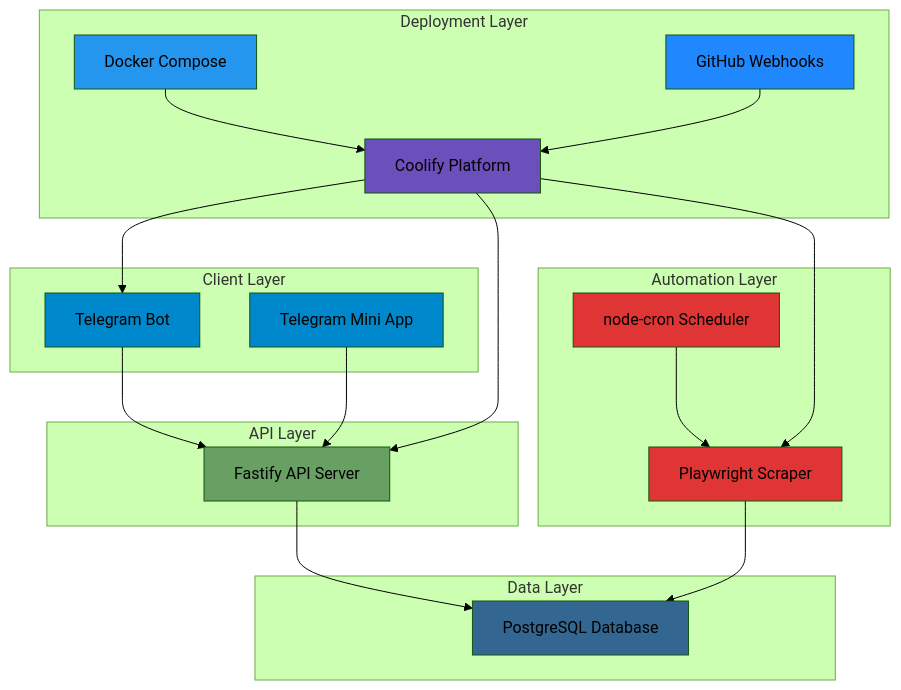
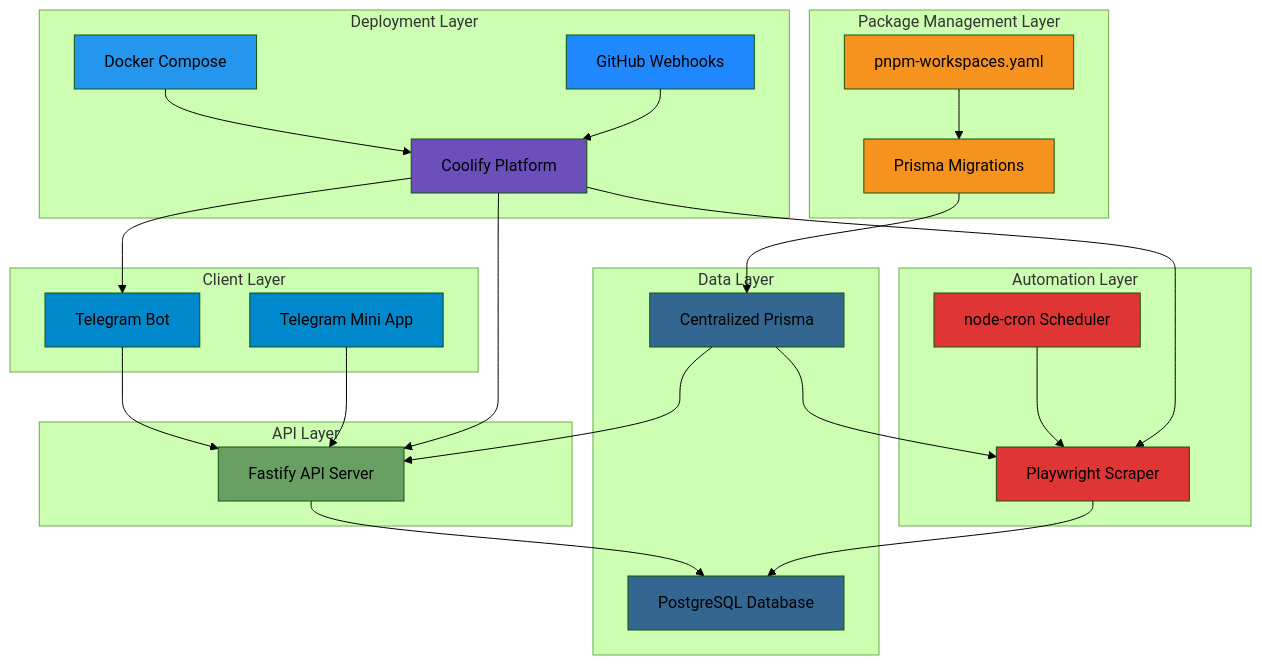
The diagram in plans/01-technology-stack.md (Zenderg/hookah-wishlist), drawn with Mermaid (forest theme) before and after one commit. The commit also changed other lines of this file and 6 other files, not shown here.

````diff
--- a/plans/01-technology-stack.md
+++ b/plans/01-technology-stack.md
@@ -251,47 +281,61 @@
 ```mermaid
 graph TB
+    subgraph "Package Management Layer"
+        PM[pnpm Workspaces]
+        WS[pnpm-workspaces.yaml]
+    end
+    
     subgraph "Client Layer"
         A[Telegram Bot]
         B[Telegram Mini App]
     end
     
     subgraph "API Layer"
         C[Fastify API Server]
     end
     
     subgraph "Data Layer"
         D[PostgreSQL Database]
+        PC[Centralized Prisma]
+        PM[Prisma Migrations]
     end
     
     subgraph "Automation Layer"
         E[Playwright Scraper]
         F[node-cron Scheduler]
     end
     
     subgraph "Deployment Layer"
         G[Docker Compose]
         H[Coolify Platform]
         I[GitHub Webhooks]
     end
     
+    PM --> PC
+    PC --> C
+    PC --> E
+    WS --> PM
     A --> C
     B --> C
     C --> D
     F --> E
     E --> D
     G --> H
     I --> H
     H --> C
     H --> A
     H --> E
     
+    style PM fill:#f6921e
+    style PC fill:#336791
+    style WS fill:#f6921e
     style A fill:#0088cc
     style B fill:#0088cc
     style C fill:#68a063
     style D fill:#336791
     style E fill:#e03535
     style F fill:#e03535
     style G fill:#2496ed
     style H fill:#6b4fbb
     style I fill:#2088ff
 ```
````
